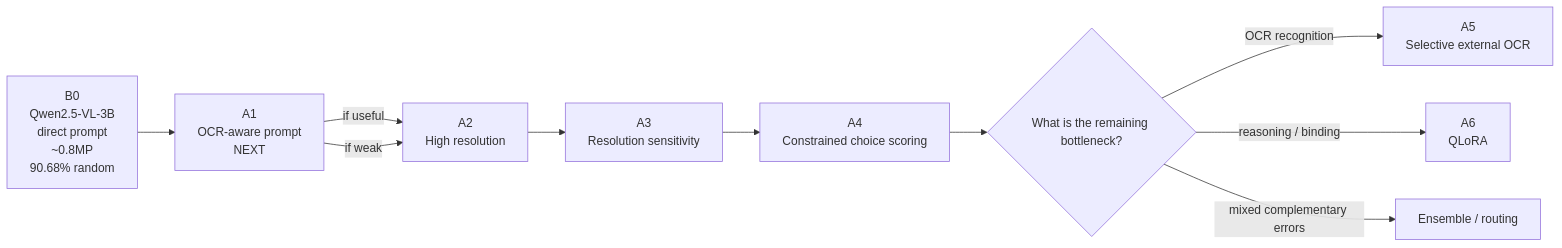
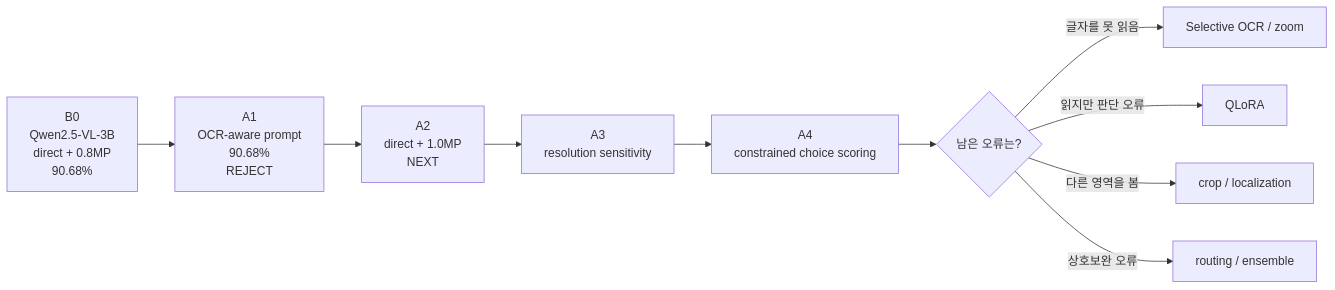
Before and after one commit to moonaneul/VQA_text_image_based: the diagram in reports/model_evolution.md, drawn with Mermaid. The commit also changed other lines of this file, not shown here.

````diff
--- a/reports/model_evolution.md
+++ b/reports/model_evolution.md
@@ -9,12 +7,12 @@
 ```mermaid
 flowchart LR
-    B0["B0<br/>Qwen2.5-VL-3B<br/>direct prompt<br/>~0.8MP<br/>90.68% random"] --> A1["A1<br/>OCR-aware prompt<br/>NEXT"]
-    A1 -->|if useful| A2["A2<br/>High resolution"]
-    A1 -->|if weak| A2
-    A2 --> A3["A3<br/>Resolution sensitivity"]
-    A3 --> A4["A4<br/>Constrained choice scoring"]
-    A4 --> D{"What is the remaining bottleneck?"}
-    D -->|OCR recognition| A5["A5<br/>Selective external OCR"]
-    D -->|reasoning / binding| A6["A6<br/>QLoRA"]
-    D -->|mixed complementary errors| E["Ensemble / routing"]
+    B0["B0<br/>Qwen2.5-VL-3B<br/>direct + 0.8MP<br/>90.68%"] --> A1["A1<br/>OCR-aware prompt<br/>90.68%<br/>REJECT"]
+    A1 --> A2["A2<br/>direct + 1.0MP<br/>NEXT"]
+    A2 --> A3["A3<br/>resolution sensitivity"]
+    A3 --> A4["A4<br/>constrained choice scoring"]
+    A4 --> D{"남은 오류는?"}
+    D -->|글자를 못 읽음| A5["Selective OCR / zoom"]
+    D -->|읽지만 판단 오류| A6["QLoRA"]
+    D -->|다른 영역을 봄| L["crop / localization"]
+    D -->|상호보완 오류| E["routing / ensemble"]
 ```
````
